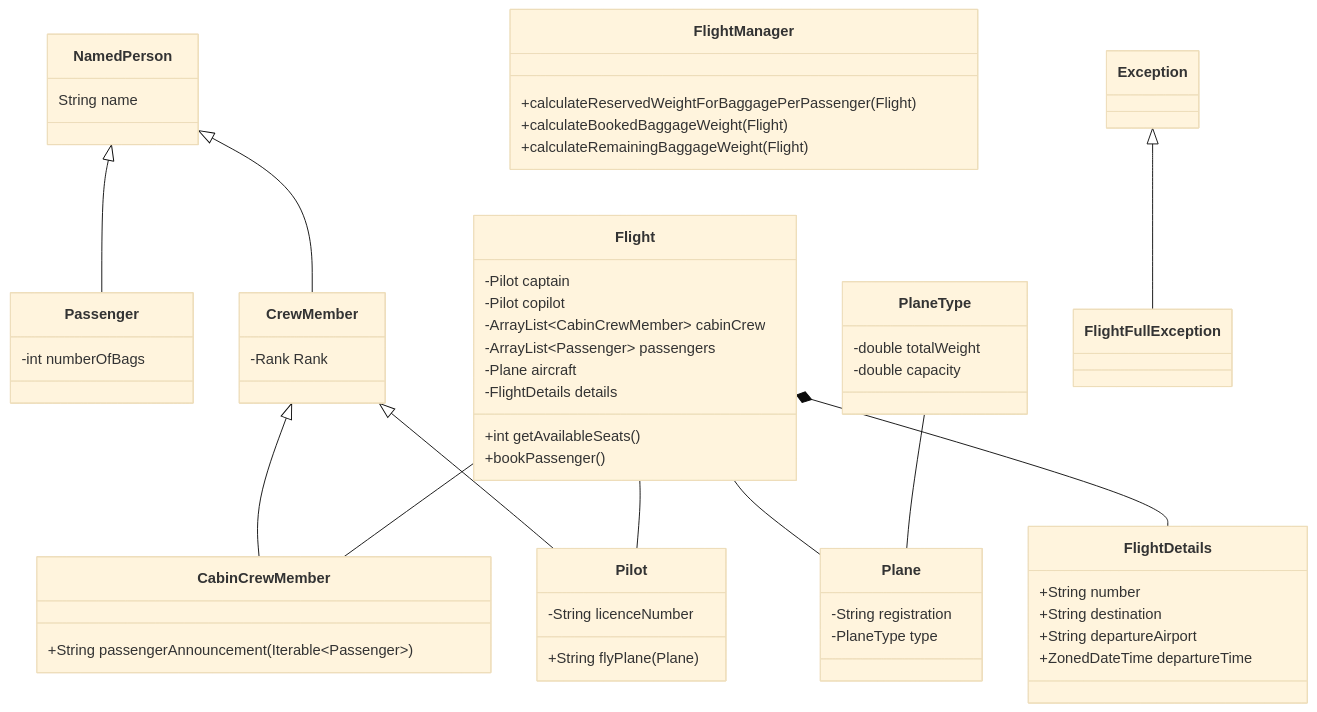
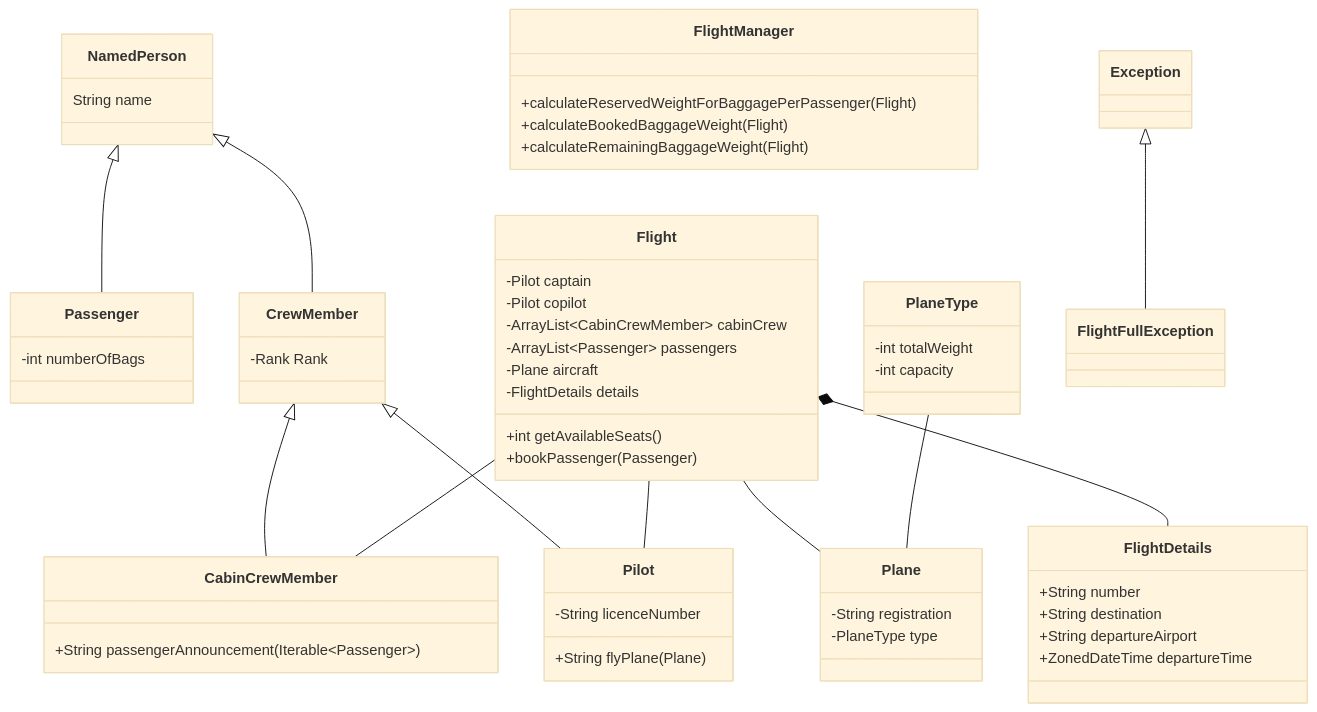
The diagram in design/design.md (bsmith/w12d5_JavaAir), drawn with Mermaid (base theme) before and after one commit. The commit also changed other lines of this file and 12 other files, not shown here.

````diff
--- a/design/design.md
+++ b/design/design.md
@@ -1,70 +1,70 @@
 ```mermaid
 classDiagram
     NamedPerson <|-- Passenger
     NamedPerson <|-- CrewMember
     CrewMember <|-- CabinCrewMember
     CrewMember <|-- Pilot
     
     Flight -- Pilot
     Flight -- CabinCrewMember
     Flight -- Plane
     Flight *-- FlightDetails
     
     PlaneType -- Plane
     
     NamedPerson : String name
 
     class Passenger {
       -int numberOfBags
     }
     
     class CrewMember {
       -Rank Rank
     }
     
     class CabinCrewMember {
       +String passengerAnnouncement(Iterable~Passenger~)
     }
     
     class Pilot {
       -String licenceNumber
       +String flyPlane(Plane)
     }
     
     class PlaneType {
-      -double totalWeight
-      -double capacity
+      -int totalWeight
+      -int capacity
     }
     
     class Plane {
       -String registration
       -PlaneType type
     }
     
     class Flight {
       -Pilot captain
       -Pilot copilot
       -ArrayList~CabinCrewMember~ cabinCrew
       -ArrayList~Passenger~ passengers
       -Plane aircraft
       -FlightDetails details
       +int getAvailableSeats()
-      +bookPassenger()
+      +bookPassenger(Passenger)
     }
     
     class FlightDetails {
       +String number
       +String destination
       +String departureAirport
       +ZonedDateTime departureTime
     }
         
     class FlightManager {
       +calculateReservedWeightForBaggagePerPassenger(Flight)
       +calculateBookedBaggageWeight(Flight)
       +calculateRemainingBaggageWeight(Flight)
     }
     
     Exception <|-- FlightFullException
     
 ```
````
